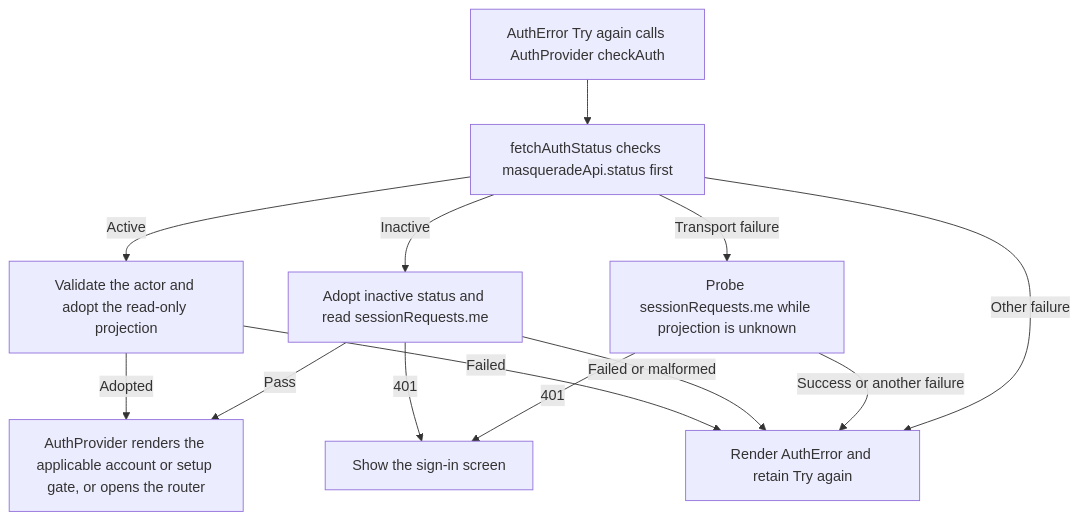
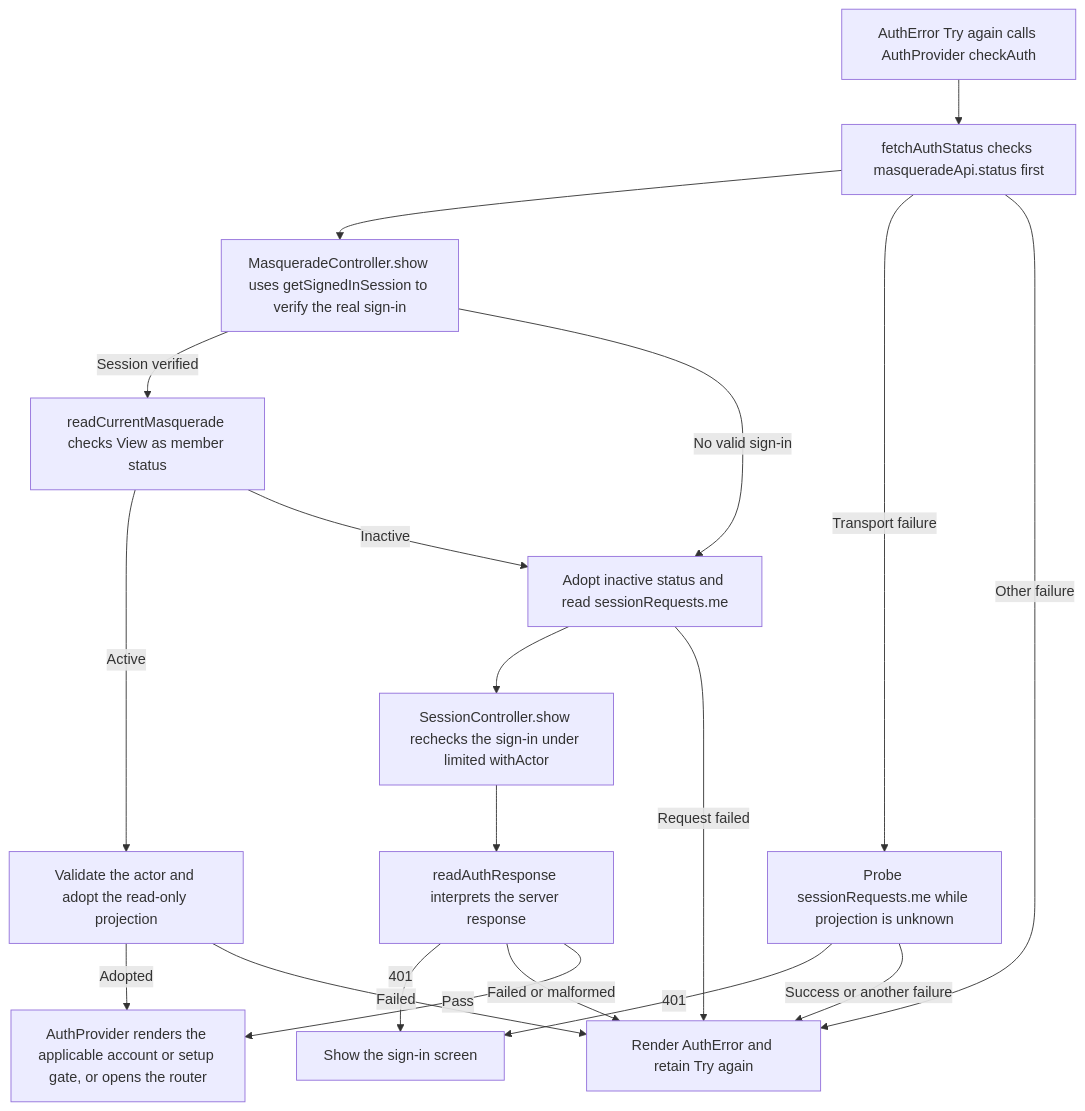
One commit to Kevinjohn/capacitylens changed the second of 2 diagrams in user-stories/account/US-ACCOUNT-08-session-verification.md. Above: the diagram before and after it, drawn with Mermaid. The commit also changed other lines of this file and 26 other files, not shown here.

````diff
--- a/user-stories/account/US-ACCOUNT-08-session-verification.md
+++ b/user-stories/account/US-ACCOUNT-08-session-verification.md
@@ -28,15 +28,21 @@
 ```mermaid
 flowchart TD
   retry["AuthError Try again calls AuthProvider checkAuth"] --> status["fetchAuthStatus checks masqueradeApi.status first"]
-  status -->|Active| projected["Validate the actor and adopt the read-only projection"]
-  status -->|Inactive| me["Adopt inactive status and read sessionRequests.me"]
+  status --> controller["MasqueradeController.show uses getSignedInSession to verify the real sign-in"]
+  controller -->|Session verified| mode["readCurrentMasquerade checks View as member status"]
+  mode -->|Active| projected["Validate the actor and adopt the read-only projection"]
+  mode -->|Inactive| me["Adopt inactive status and read sessionRequests.me"]
+  controller -->|No valid sign-in| me
   status -->|Transport failure| fallback["Probe sessionRequests.me while projection is unknown"]
   status -->|Other failure| error["Render AuthError and retain Try again"]
   fallback -->|401| signIn["Show the sign-in screen"]
   fallback -->|Success or another failure| error
-  me -->|401| signIn
-  me -->|Failed or malformed| error
-  me -->|Pass| gates["AuthProvider renders the applicable account or setup gate, or opens the router"]
+  me --> session["SessionController.show rechecks the sign-in under limited withActor"]
+  session --> answers["readAuthResponse interprets the server response"]
+  answers -->|401| signIn
+  me -->|Request failed| error
+  answers -->|Failed or malformed| error
+  answers -->|Pass| gates["AuthProvider renders the applicable account or setup gate, or opens the router"]
   projected -->|Adopted| gates
   projected -->|Failed| error
 ```
````
